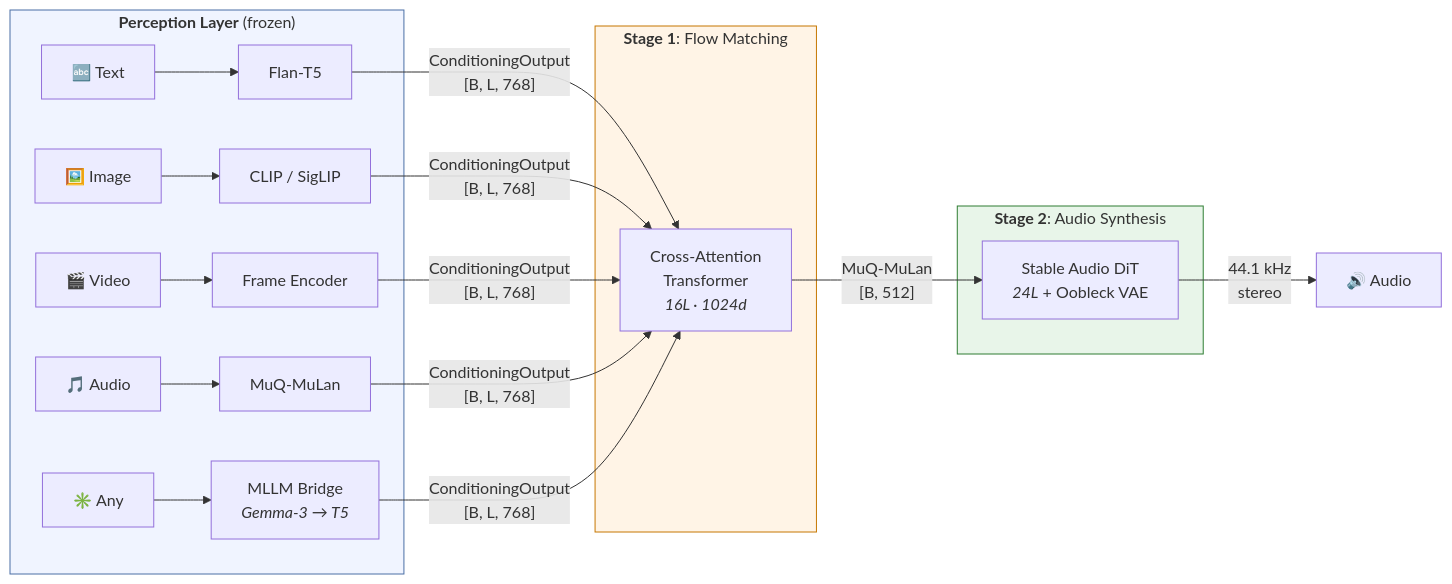
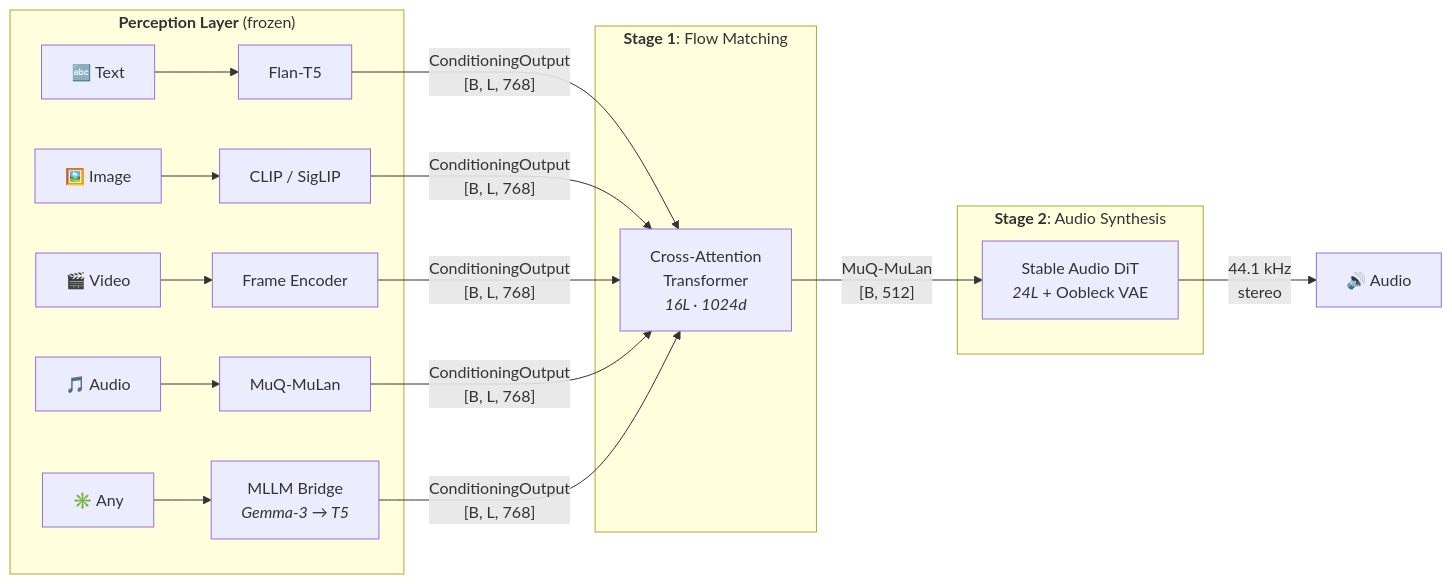
One commit to Audiofool934/muse changed the diagram in README.md. Above: the diagram before and after it, drawn with Mermaid.

Commit message:
Remove Mermaid subgraph style overrides

````diff
--- a/README.md
+++ b/README.md
@@ -26,26 +26,23 @@
 ```mermaid
 graph LR
     subgraph Perception["<b>Perception Layer</b> (frozen)"]
         T["🔤 Text"] --> T5["Flan-T5"]
         I["🖼️ Image"] --> CLIP["CLIP / SigLIP"]
         V["🎬 Video"] --> VF["Frame Encoder"]
         A["🎵 Audio"] --> MQ["MuQ-MuLan"]
         X["✳️ Any"] --> MB["MLLM Bridge<br/><i>Gemma-3 → T5</i>"]
     end
 
     subgraph Generation["<b>Stage 1</b>: Flow Matching"]
         FM["Cross-Attention<br/>Transformer<br/><i>16L · 1024d</i>"]
     end
 
     subgraph Synthesis["<b>Stage 2</b>: Audio Synthesis"]
         DiT["Stable Audio DiT<br/><i>24L</i> + Oobleck VAE"]
     end
 
     T5 & CLIP & VF & MQ & MB -->|"ConditioningOutput<br/>[B, L, 768]"| FM
     FM -->|"MuQ-MuLan<br/>[B, 512]"| DiT
     DiT -->|"44.1 kHz<br/>stereo"| Out["🔊 Audio"]
 
-    style Perception fill:#f0f4ff,stroke:#4a6fa5
-    style Generation fill:#fff4e6,stroke:#c67700
-    style Synthesis fill:#e8f5e9,stroke:#2e7d32
 ```
````
